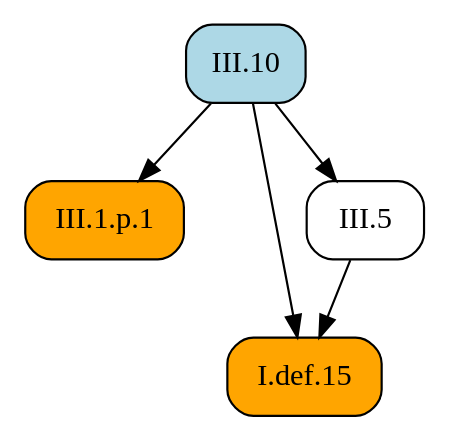
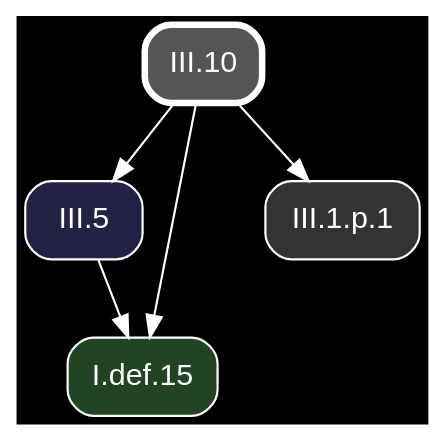
The diagram in docsrc/heath/III/10/index.rst (geometor/elements), drawn with Graphviz before and after one commit. The commit also changed other lines of this file and 1200 other files, not shown here.

Commit message:
update dependency graphs

```diff
--- a/docsrc/heath/III/10/index.rst
+++ b/docsrc/heath/III/10/index.rst
@@ -64,14 +64,16 @@
 .. graphviz::
 
    digraph {
+     bgcolor="black";
+     node [shape=box, style="rounded,filled", fontname="Helvetica", color="white", fontcolor="white"];
+     edge [color="white", fontcolor="white"];
      rankdir="TB";
-     node [shape=box, style=rounded];
-     "III.10" [style="rounded,filled", fillcolor=lightblue, URL="/heath/III/10/", target="_top"];
-     "III.1.p.1" [style="rounded,filled", fillcolor=orange];
-     "I.def.15" [style="rounded,filled", fillcolor=orange, URL="/heath/I/def.15/", target="_top"];
-     "III.5" [URL="/heath/III/5/", target="_top"];
-     "III.10" -> "III.1.p.1";
+     "III.5" [fillcolor="#222244", URL="/heath/III/5/", target="_top"];
+     "I.def.15" [fillcolor="#224422", URL="/heath/I/def.15/", target="_top"];
+     "III.10" [penwidth=3, color="white", fillcolor="#555555", URL="/heath/III/10/", target="_top"];
+     "III.1.p.1" [fillcolor="#333333"];
+     "III.10" -> "III.5";
      "III.5" -> "I.def.15";
      "III.10" -> "I.def.15";
-     "III.10" -> "III.5";
+     "III.10" -> "III.1.p.1";
    }
```
